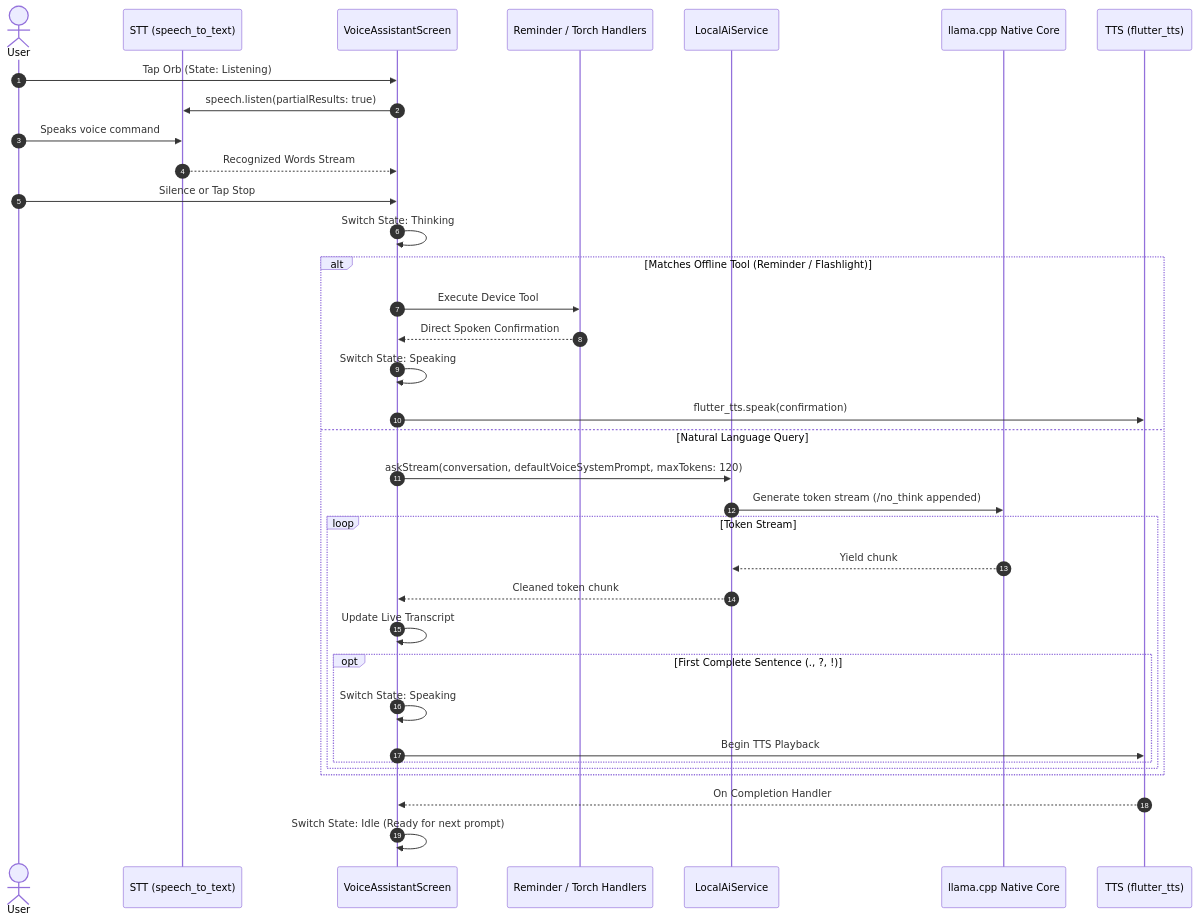
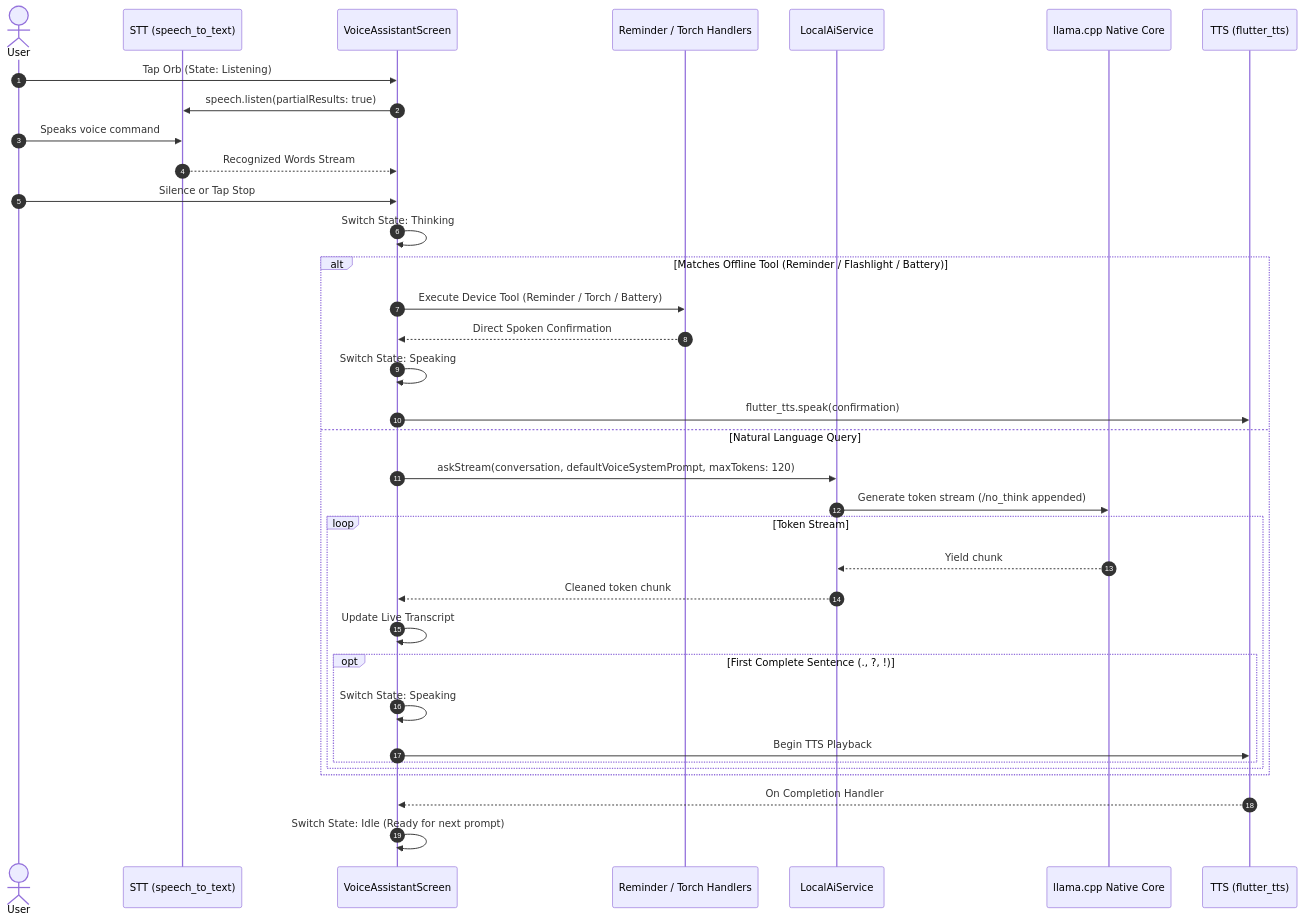
One commit to SubramanyaKS/PocketAI changed the fourth of 5 diagrams in docs/architecture.md. Above: the diagram before and after it, drawn with Mermaid. The commit also changed other lines of this file and 11 other files, not shown here.

Commit message:
added battery tool

````diff
--- a/docs/architecture.md
+++ b/docs/architecture.md
@@ -164,41 +176,41 @@
 ```mermaid
 sequenceDiagram
     autonumber
     actor User
     participant Mic as STT (speech_to_text)
     participant VoiceUI as VoiceAssistantScreen
     participant Intent as Reminder / Torch Handlers
     participant AI as LocalAiService
     participant Engine as llama.cpp Native Core
     participant Speaker as TTS (flutter_tts)
 
     User->>VoiceUI: Tap Orb (State: Listening)
     VoiceUI->>Mic: speech.listen(partialResults: true)
     User->>Mic: Speaks voice command
     Mic-->>VoiceUI: Recognized Words Stream
     User->>VoiceUI: Silence or Tap Stop
     
     VoiceUI->>VoiceUI: Switch State: Thinking
     
-    alt Matches Offline Tool (Reminder / Flashlight)
-        VoiceUI->>Intent: Execute Device Tool
+    alt Matches Offline Tool (Reminder / Flashlight / Battery)
+        VoiceUI->>Intent: Execute Device Tool (Reminder / Torch / Battery)
         Intent-->>VoiceUI: Direct Spoken Confirmation
         VoiceUI->>VoiceUI: Switch State: Speaking
         VoiceUI->>Speaker: flutter_tts.speak(confirmation)
     else Natural Language Query
         VoiceUI->>AI: askStream(conversation, defaultVoiceSystemPrompt, maxTokens: 120)
         AI->>Engine: Generate token stream (/no_think appended)
         loop Token Stream
             Engine-->>AI: Yield chunk
             AI-->>VoiceUI: Cleaned token chunk
             VoiceUI->>VoiceUI: Update Live Transcript
             opt First Complete Sentence (., ?, !)
                 VoiceUI->>VoiceUI: Switch State: Speaking
                 VoiceUI->>Speaker: Begin TTS Playback
             end
         end
     end
 
     Speaker-->>VoiceUI: On Completion Handler
     VoiceUI->>VoiceUI: Switch State: Idle (Ready for next prompt)
 ```
````
